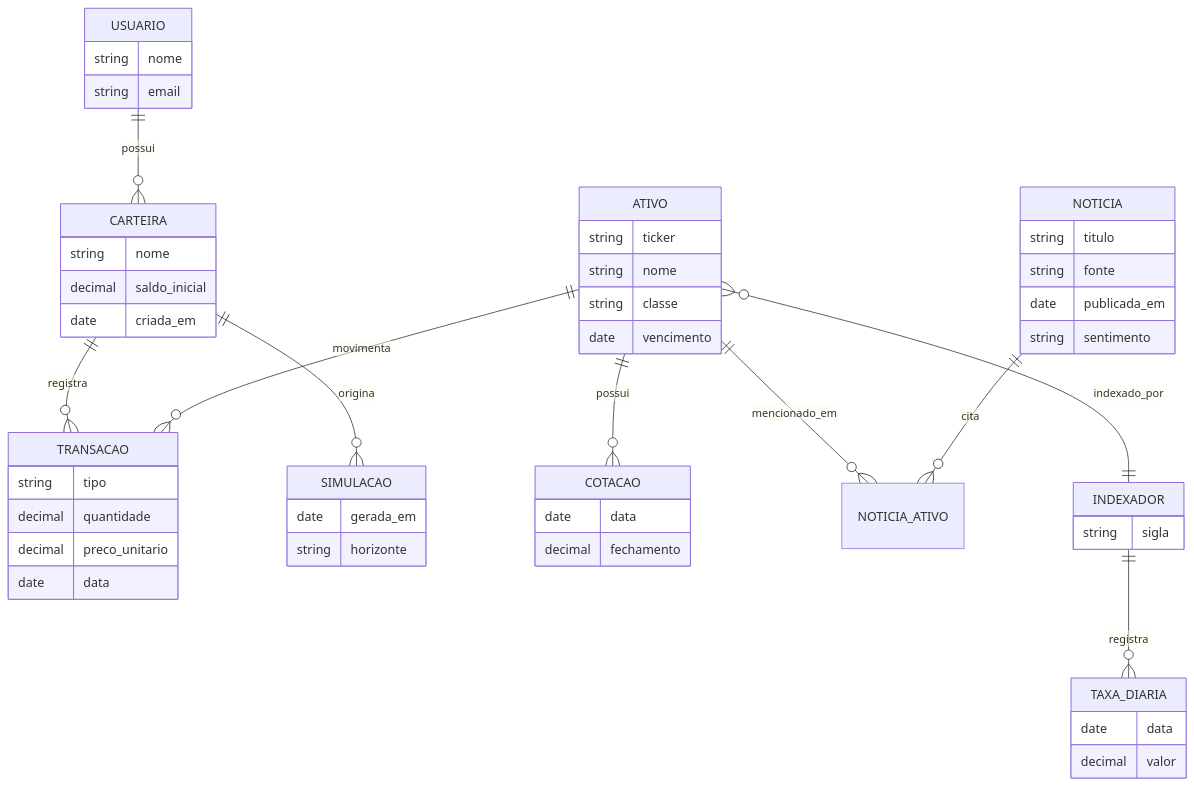
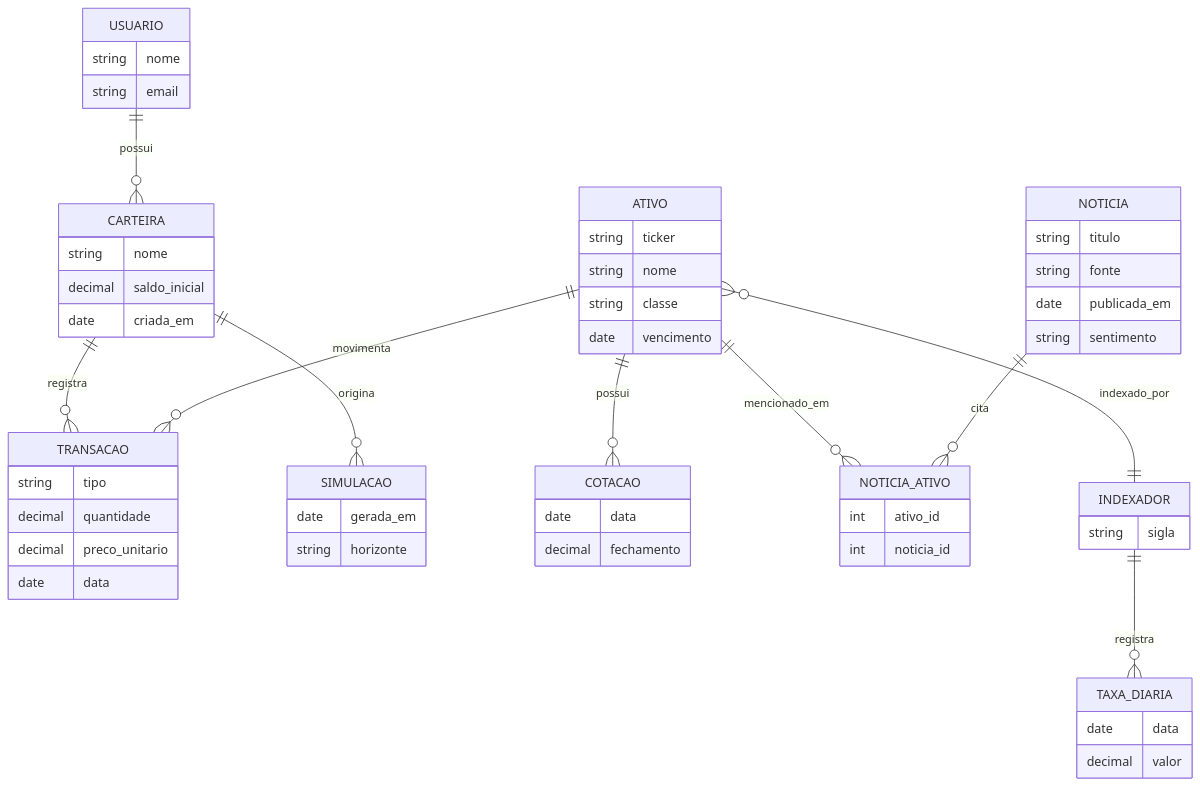
The diagram in modelo_dominio.md (AnjiNight/Revolution-THE-BOB), drawn with Mermaid before and after one commit.

````diff
--- a/modelo_dominio.md
+++ b/modelo_dominio.md
@@ -7,57 +7,59 @@
 ```mermaid
 erDiagram
     USUARIO ||--o{ CARTEIRA : possui
     CARTEIRA ||--o{ TRANSACAO : registra
     CARTEIRA ||--o{ SIMULACAO : origina
     ATIVO ||--o{ TRANSACAO : movimenta
     ATIVO ||--o{ COTACAO : possui
     ATIVO ||--o{ NOTICIA_ATIVO : mencionado_em
     NOTICIA ||--o{ NOTICIA_ATIVO : cita
     ATIVO }o--|| INDEXADOR : indexado_por
     INDEXADOR ||--o{ TAXA_DIARIA : registra
 
     USUARIO {
         string nome
         string email
     }
     CARTEIRA {
         string nome
         decimal saldo_inicial
         date criada_em
     }
     TRANSACAO {
         string tipo
         decimal quantidade
         decimal preco_unitario
         date data
     }
     SIMULACAO {
         date gerada_em
         string horizonte
     }
     ATIVO {
         string ticker
         string nome
         string classe
         date vencimento
     }
     COTACAO {
         date data
         decimal fechamento
     }
     NOTICIA {
         string titulo
         string fonte
         date publicada_em
         string sentimento
     }
     NOTICIA_ATIVO {
-    }
+    int ativo_id
+    int noticia_id
+}
     INDEXADOR {
         string sigla
     }
     TAXA_DIARIA {
         date data
         decimal valor
     }
 ```
````
